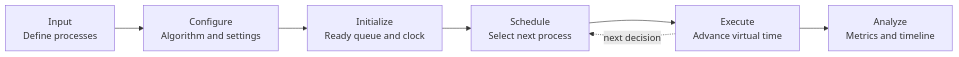
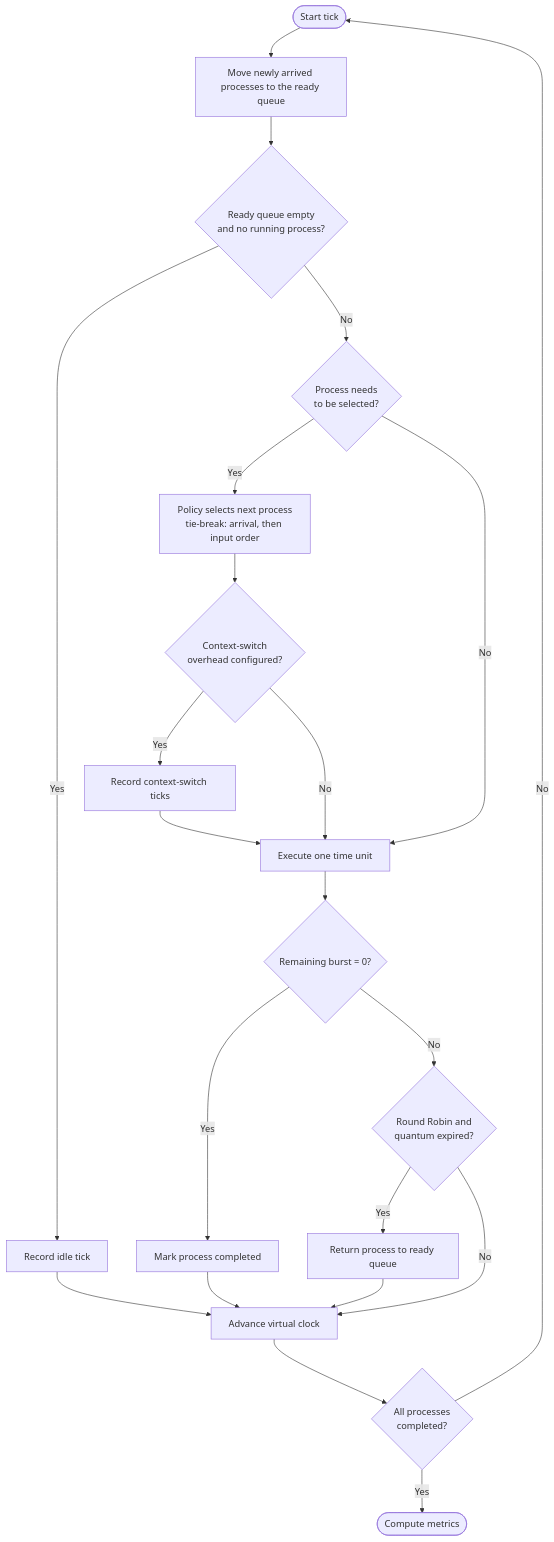
The fifth of 6 diagrams in README.md (ahmedmedhat-se/cpu-process-scheduling-app), drawn with Mermaid before and after one commit. The commit also changed other lines of this file and 18 other files, not shown here.

````diff
--- a/README.md
+++ b/README.md
@@ -95,9 +230,24 @@
 ```mermaid
-flowchart LR
-    A[Input<br/>Define processes] --> B[Configure<br/>Algorithm and settings]
-    B --> C[Initialize<br/>Ready queue and clock]
-    C --> D[Schedule<br/>Select next process]
-    D --> E[Execute<br/>Advance virtual time]
-    E --> F[Analyze<br/>Metrics and timeline]
-    E -. next decision .-> D
+flowchart TD
+    A([Start tick]) --> B[Move newly arrived processes to the ready queue]
+    B --> C{Ready queue empty<br/>and no running process?}
+    C -- Yes --> D[Record idle tick]
+    C -- No --> E{Process needs<br/>to be selected?}
+    E -- Yes --> F[Policy selects next process<br/>tie-break: arrival, then input order]
+    F --> G{Context-switch<br/>overhead configured?}
+    G -- Yes --> H[Record context-switch ticks]
+    G -- No --> I
+    H --> I[Execute one time unit]
+    E -- No --> I
+    I --> J{Remaining burst = 0?}
+    J -- Yes --> K[Mark process completed]
+    J -- No --> L{Round Robin and<br/>quantum expired?}
+    L -- Yes --> M[Return process to ready queue]
+    L -- No --> N
+    K --> N[Advance virtual clock]
+    M --> N
+    D --> N
+    N --> O{All processes<br/>completed?}
+    O -- No --> A
+    O -- Yes --> P([Compute metrics])
 ```
````
